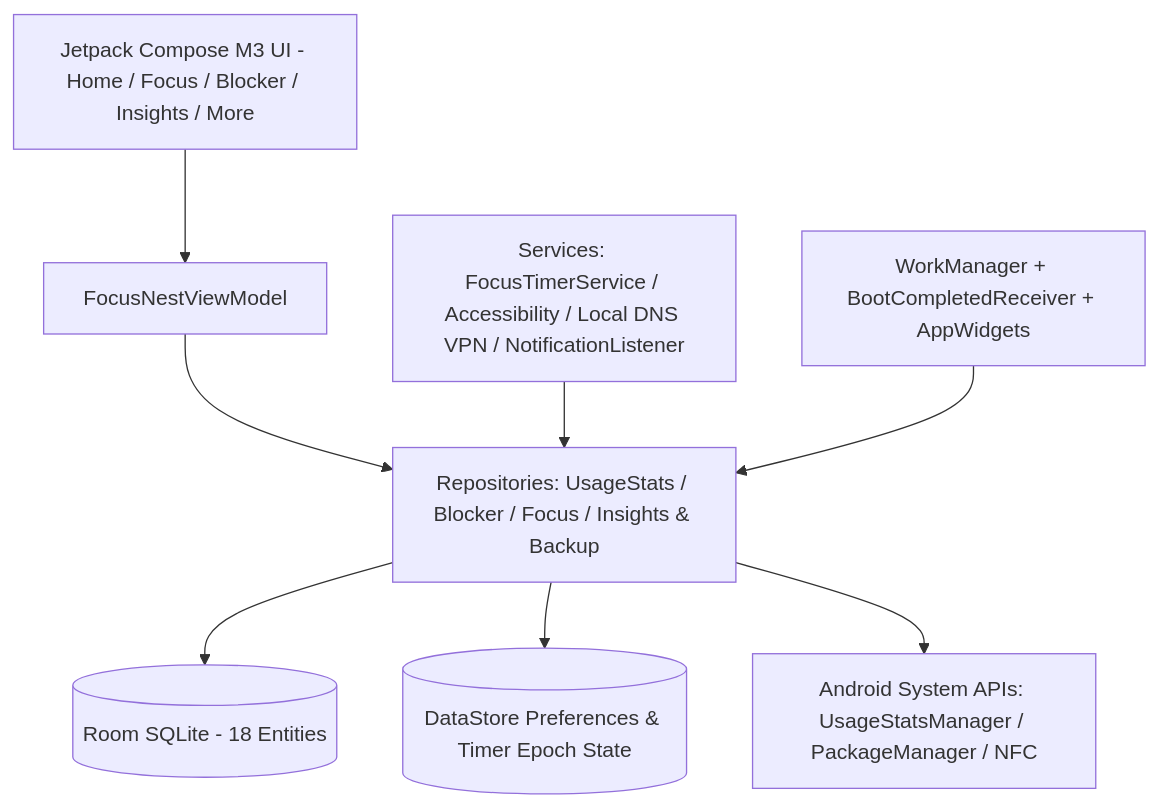
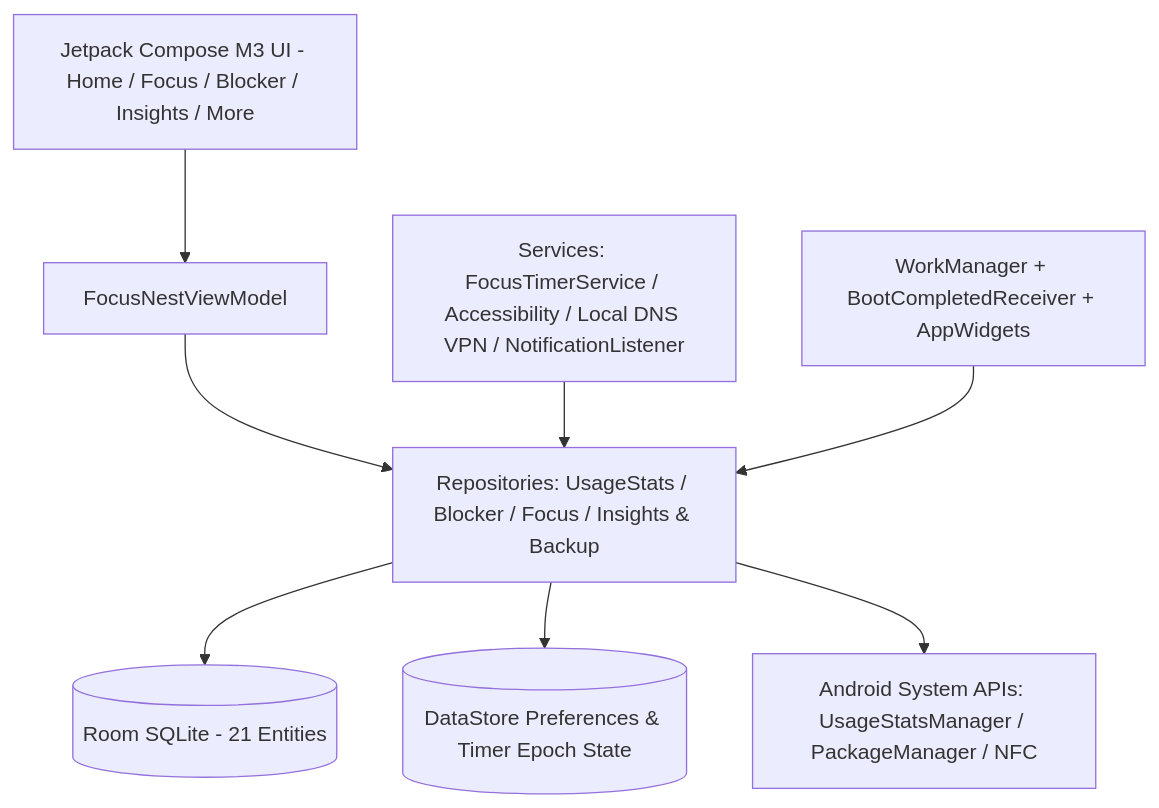
One commit to PrivMITLab/FocusNest changed the diagram in README.md. Above: the diagram before and after it, drawn with Mermaid. The commit also changed other lines of this file and 49 other files, not shown here.

````diff
--- a/README.md
+++ b/README.md
@@ -16,10 +16,10 @@
 ```mermaid
 flowchart TD
     UI[Jetpack Compose M3 UI - Home / Focus / Blocker / Insights / More] --> VM[FocusNestViewModel]
     VM --> REPO[Repositories: UsageStats / Blocker / Focus / Insights & Backup]
-    REPO --> ROOM[(Room SQLite - 18 Entities)]
+    REPO --> ROOM[(Room SQLite - 21 Entities)]
     REPO --> DS[(DataStore Preferences & Timer Epoch State)]
     REPO --> SYS[Android System APIs: UsageStatsManager / PackageManager / NFC]
     SVC[Services: FocusTimerService / Accessibility / Local DNS VPN / NotificationListener] --> REPO
     WORK[WorkManager + BootCompletedReceiver + AppWidgets] --> REPO
 ```
````
